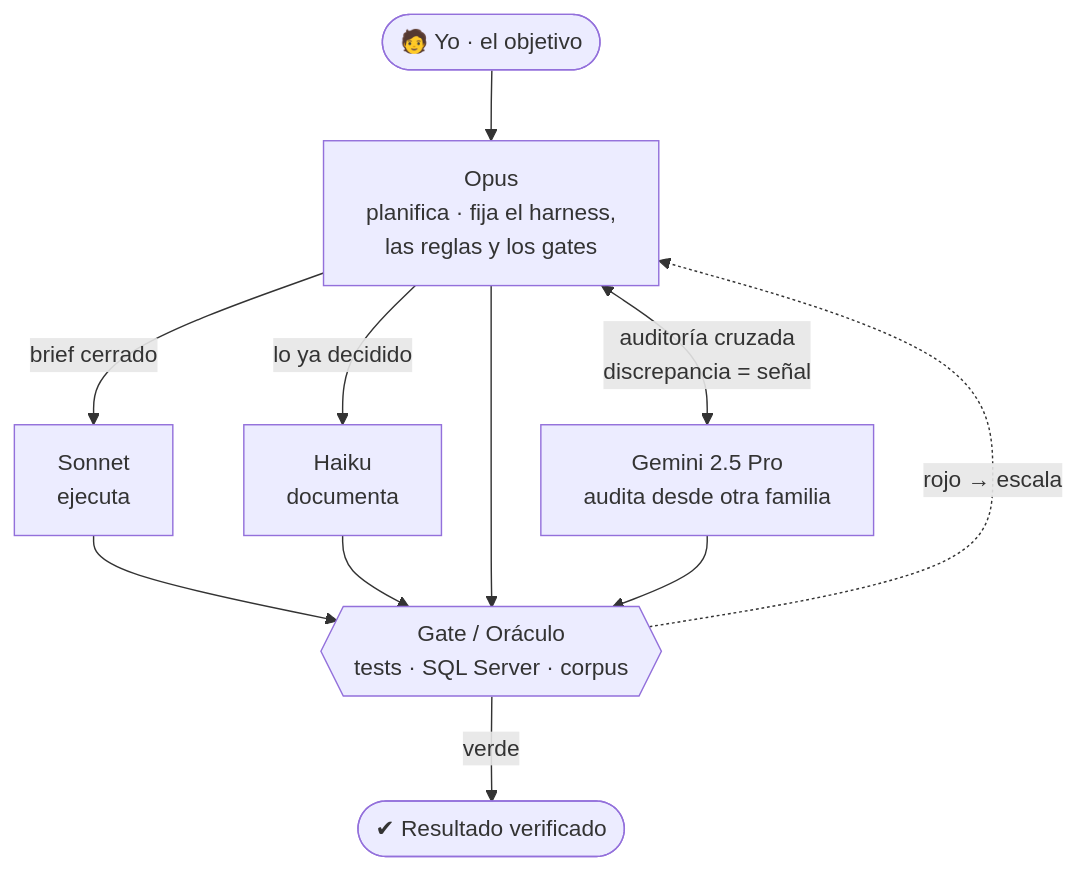
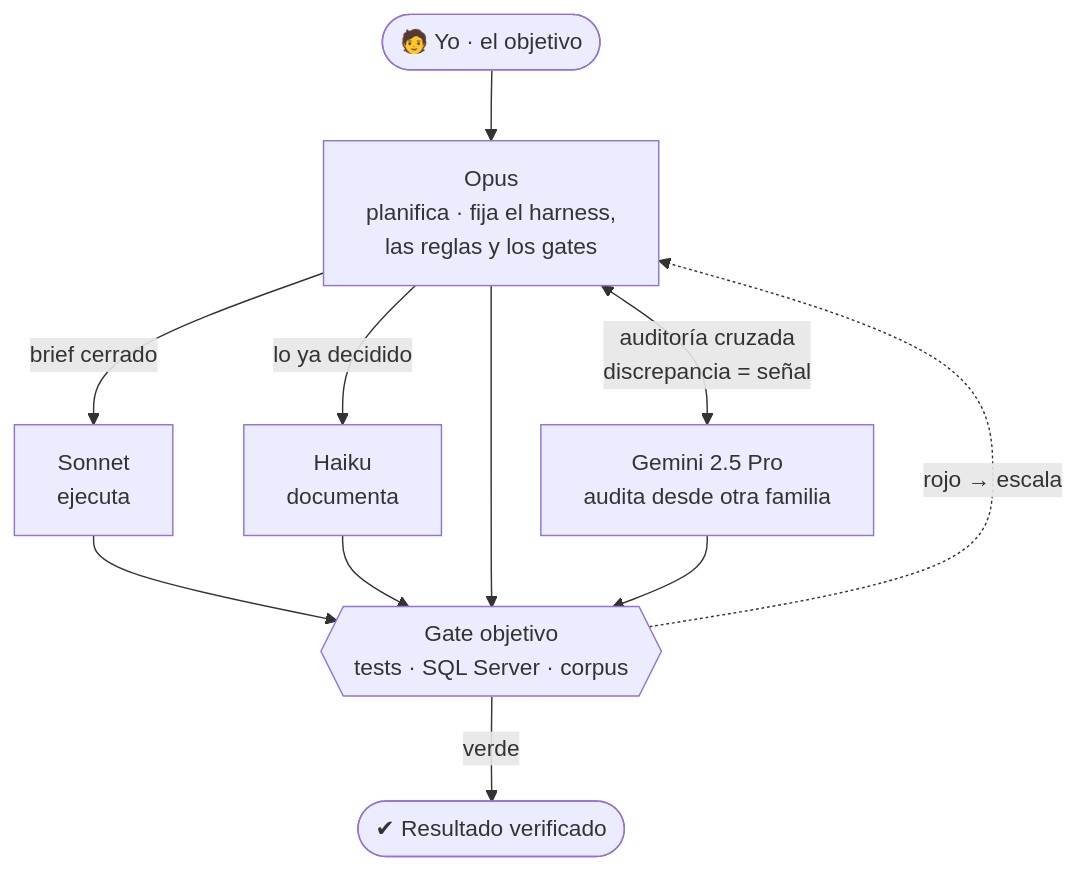
One commit to rcm-on/quarz-blog changed the diagram in content/04 Arquitectura IA/orquestar-un-equipo-de-modelos.md. Above: the diagram before and after it, drawn with Mermaid. The commit also changed other lines of this file, not shown here.

````diff
--- a/content/04 Arquitectura IA/orquestar-un-equipo-de-modelos.md
+++ b/content/04 Arquitectura IA/orquestar-un-equipo-de-modelos.md
@@ -18,13 +18,13 @@
 ```mermaid
 flowchart TD
     R(["🧑 Yo · el objetivo"]) --> O["Opus<br/>planifica · fija el harness,<br/>las reglas y los gates"]
     O -->|brief cerrado| S["Sonnet<br/>ejecuta"]
     O -->|lo ya decidido| H["Haiku<br/>documenta"]
     O <-->|"auditoría cruzada<br/>discrepancia = señal"| G["Gemini 2.5 Pro<br/>audita desde otra familia"]
-    S --> GATE{{"Gate / Oráculo<br/>tests · SQL Server · corpus"}}
+    S --> GATE{{"Gate objetivo<br/>tests · SQL Server · corpus"}}
     H --> GATE
     O --> GATE
     G --> GATE
     GATE -->|verde| DONE(["✔ Resultado verificado"])
     GATE -.->|"rojo → escala"| O
 ```
````
